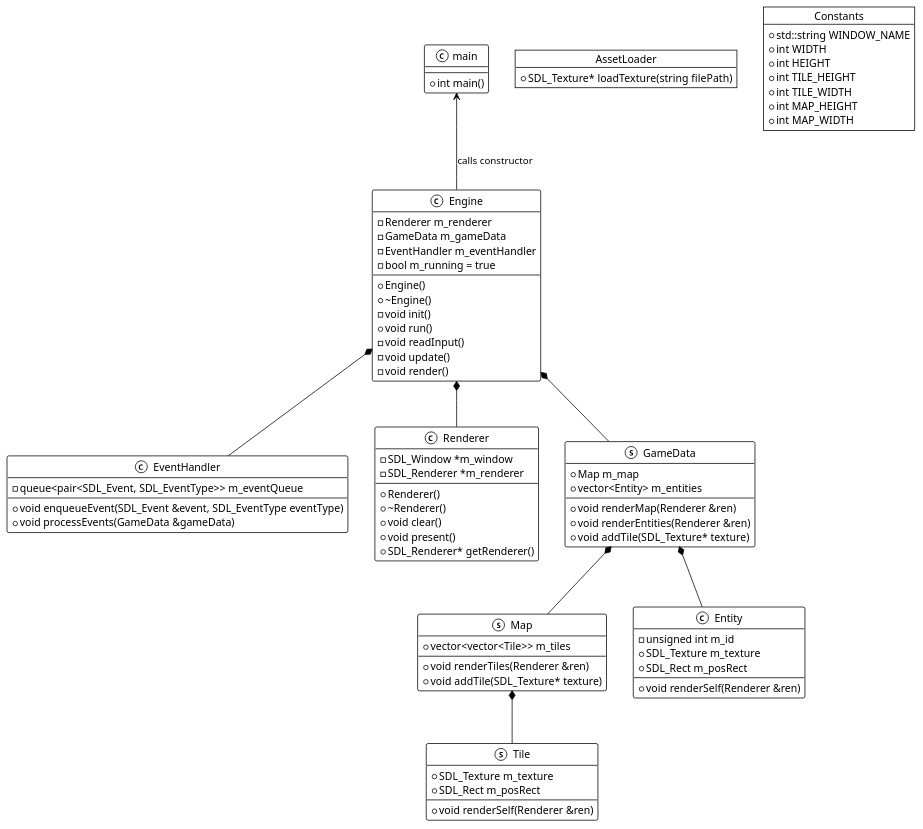
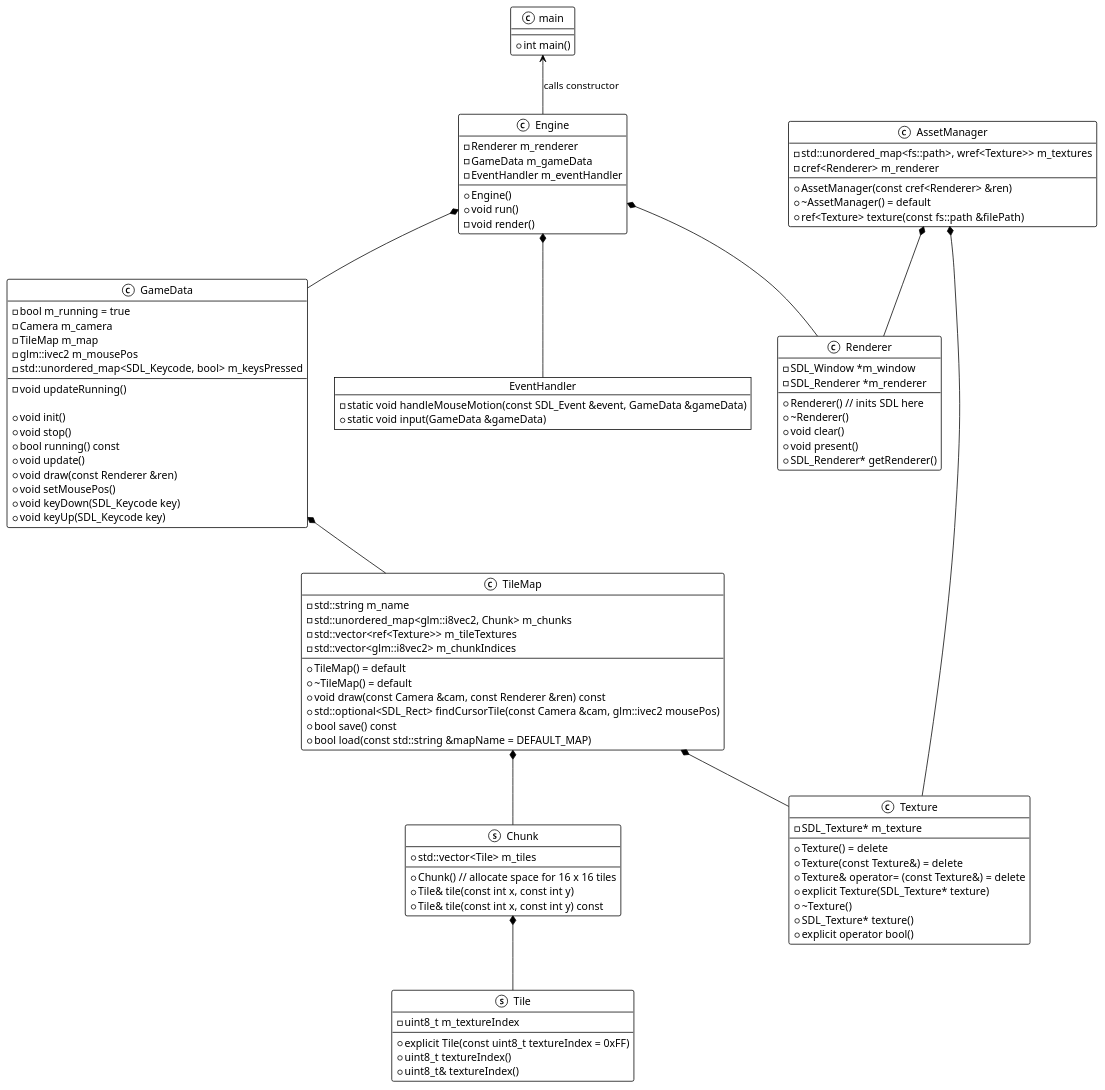
One commit to sleeepyskies/sle changed the diagram in docs/diagrams/Class Diagram.puml. Above: the diagram before and after it, drawn with PlantUML. The commit also changed 5 other files, not shown here.

Commit message:
Change readme, update diagram, change cref to ref for Textures

```diff
--- a/docs/diagrams/Class Diagram.puml
+++ b/docs/diagrams/Class Diagram.puml
@@ -1,103 +1,121 @@
 @startuml
 'https://plantuml.com/class-diagram
 
 !theme mono
 
 class main {
     + int main()
 }
 
-object AssetLoader {
-    + SDL_Texture* loadTexture(string filePath)
-}
-
-object Constants {
-    + std::string WINDOW_NAME
-    + int WIDTH
-    + int HEIGHT
-    + int TILE_HEIGHT
-    + int TILE_WIDTH
-    + int MAP_HEIGHT
-    + int MAP_WIDTH
-}
-
 class Engine {
     - Renderer m_renderer
     - GameData m_gameData
     - EventHandler m_eventHandler
-    - bool m_running = true
 
     + Engine()
-    + ~Engine()
-    - void init()
     + void run()
-    - void readInput()
-    - void update()
     - void render()
 }
 
-class EventHandler {
-    - queue<pair<SDL_Event, SDL_EventType>> m_eventQueue
-
-    + void enqueueEvent(SDL_Event &event, SDL_EventType eventType)
-    + void processEvents(GameData &gameData)
+object EventHandler {
+    - static void handleMouseMotion(const SDL_Event &event, GameData &gameData)
+    + static void input(GameData &gameData)
 }
 
 class Renderer {
     - SDL_Window *m_window
     - SDL_Renderer *m_renderer
 
-    + Renderer()
+    + Renderer() // inits SDL here
     + ~Renderer()
     + void clear()
     + void present()
     + SDL_Renderer* getRenderer()
 }
 
-struct GameData {
-    + Map m_map
-    + vector<Entity> m_entities
+class GameData {
+    - bool m_running = true
+    - Camera m_camera
+    - TileMap m_map
+    - glm::ivec2 m_mousePos
+    - std::unordered_map<SDL_Keycode, bool> m_keysPressed
 
-    + void renderMap(Renderer &ren)
-    + void renderEntities(Renderer &ren)
-    + void addTile(SDL_Texture* texture)
+    - void updateRunning()
+
+    + void init()
+    + void stop()
+    + bool running() const
+    + void update()
+    + void draw(const Renderer &ren)
+    + void setMousePos()
+    + void keyDown(SDL_Keycode key)
+    + void keyUp(SDL_Keycode key)
 }
 
-struct Map {
-    + vector<vector<Tile>> m_tiles
+class TileMap {
+    - std::string m_name
+    - std::unordered_map<glm::i8vec2, Chunk> m_chunks
+    - std::vector<ref<Texture>> m_tileTextures
+    - std::vector<glm::i8vec2> m_chunkIndices
 
-    + void renderTiles(Renderer &ren)
-    + void addTile(SDL_Texture* texture)
+    + TileMap() = default
+    + ~TileMap() = default
+    + void draw(const Camera &cam, const Renderer &ren) const
+    + std::optional<SDL_Rect> findCursorTile(const Camera &cam, glm::ivec2 mousePos)
+    + bool save() const
+    + bool load(const std::string &mapName = DEFAULT_MAP)
+}
+
+struct Chunk {
+    + std::vector<Tile> m_tiles
+
+    + Chunk() // allocate space for 16 x 16 tiles
+    + Tile& tile(const int x, const int y)
+    + Tile& tile(const int x, const int y) const
 }
 
 struct Tile {
-    + SDL_Texture m_texture
-    + SDL_Rect m_posRect
+    - uint8_t m_textureIndex
 
-    + void renderSelf(Renderer &ren)
+    + explicit Tile(const uint8_t textureIndex = 0xFF)
+    + uint8_t textureIndex()
+    + uint8_t& textureIndex()
 }
 
-class Entity {
-    - unsigned int m_id
-    + SDL_Texture m_texture
-    + SDL_Rect m_posRect
+class Texture {
+    - SDL_Texture* m_texture
 
-    + void renderSelf(Renderer &ren)
+    + Texture() = delete
+    + Texture(const Texture&) = delete
+    + Texture& operator= (const Texture&) = delete
+    + explicit Texture(SDL_Texture* texture)
+    + ~Texture()
+    + SDL_Texture* texture()
+    + explicit operator bool()
 }
 
+class AssetManager {
+    - std::unordered_map<fs::path>, wref<Texture>> m_textures
+    - cref<Renderer> m_renderer
 
+    + AssetManager(const cref<Renderer> &ren)
+    + ~AssetManager() = default
+    + ref<Texture> texture(const fs::path &filePath)
+}
 
-
+AssetManager *-- Renderer
+AssetManager *-- Texture
 
 main <-- Engine : calls constructor
 
 Engine *-- Renderer
 Engine *-- GameData
 Engine *-- EventHandler
 
-GameData *-- Map
-GameData *-- Entity
+GameData *-- TileMap
 
-Map *-- Tile
+TileMap *-- Chunk
+TileMap *-- Texture
+Chunk *-- Tile
 
 @enduml
```
